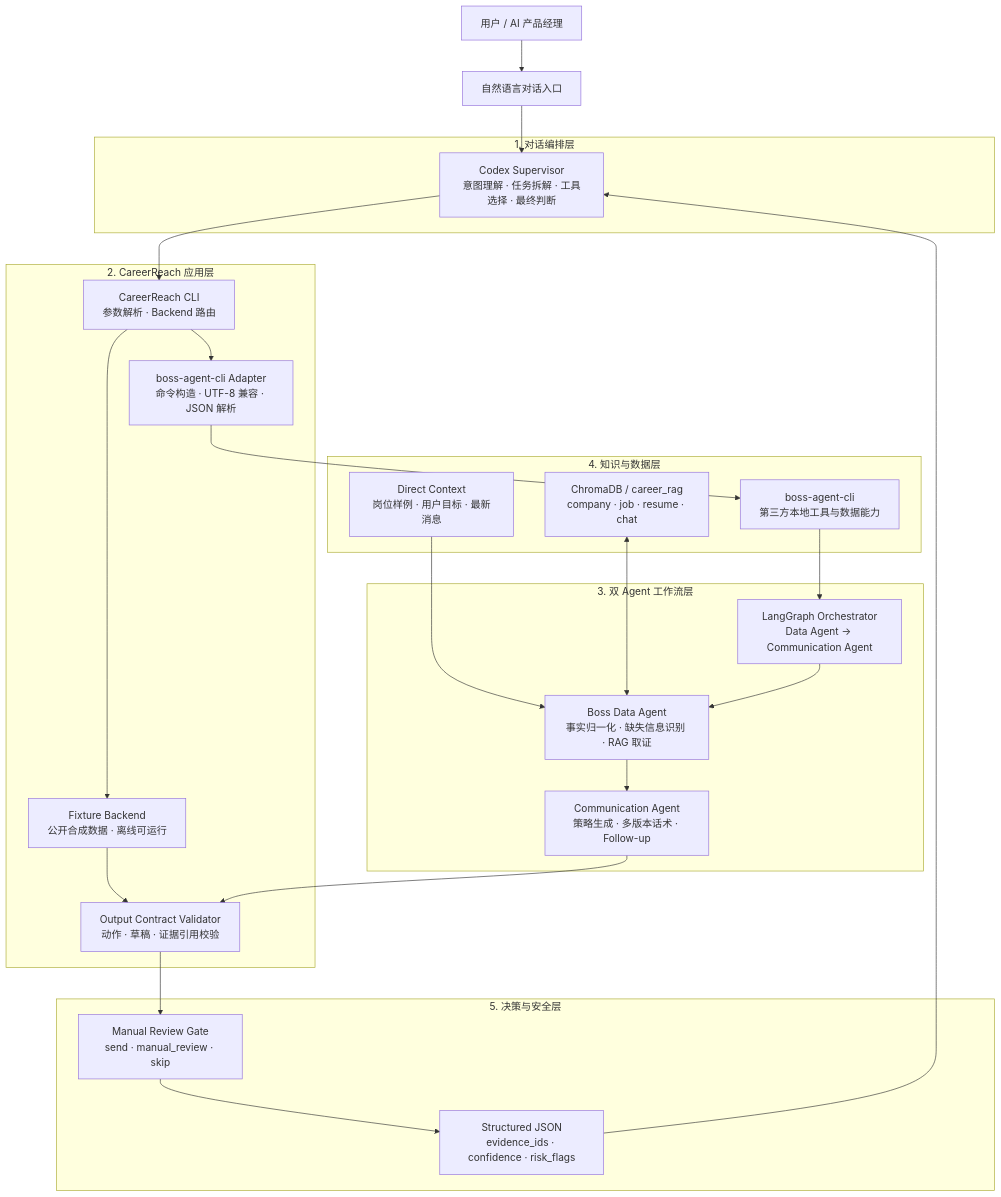
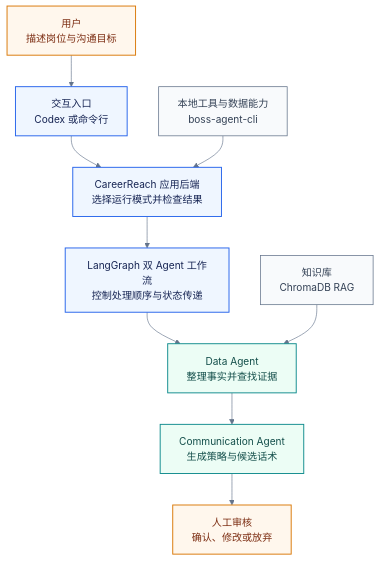
The first of 2 diagrams in README.md (zhouhan815/CareerReach-AI), drawn with Mermaid before and after one commit. The commit also changed other lines of this file, not shown here.

````diff
--- a/README.md
+++ b/README.md
@@ -54,46 +111,29 @@
 ```mermaid
+%%{init: {"theme":"base","themeVariables":{"fontSize":"16px","fontFamily":"Arial, sans-serif","primaryTextColor":"#172033","lineColor":"#64748B"}}}%%
 flowchart TB
-    U["用户 / AI 产品经理"] --> CONV["自然语言对话入口"]
+    USER["用户<br/>描述岗位与沟通目标"]
+    ENTRY["交互入口<br/>Codex 或命令行"]
+    APP["CareerReach 应用后端<br/>选择运行模式并检查结果"]
+    FLOW["LangGraph 双 Agent 工作流<br/>控制处理顺序与状态传递"]
+    DATA["Data Agent<br/>整理事实并查找证据"]
+    COMM["Communication Agent<br/>生成策略与候选话术"]
+    REVIEW["人工审核<br/>确认、修改或放弃"]
 
-    subgraph L1["1. 对话编排层"]
-        S["Codex Supervisor<br/>意图理解 · 任务拆解 · 工具选择 · 最终判断"]
-    end
+    TOOL["本地工具与数据能力<br/>boss-agent-cli"]
+    RAG["知识库<br/>ChromaDB RAG"]
 
-    subgraph L2["2. CareerReach 应用层"]
-        CLI["CareerReach CLI<br/>参数解析 · Backend 路由"]
-        ADAPTER["boss-agent-cli Adapter<br/>命令构造 · UTF-8 兼容 · JSON 解析"]
-        FIXTURE["Fixture Backend<br/>公开合成数据 · 离线可运行"]
-        CONTRACT["Output Contract Validator<br/>动作 · 草稿 · 证据引用校验"]
-    end
+    USER --> ENTRY --> APP --> FLOW
+    FLOW --> DATA --> COMM --> REVIEW
+    TOOL --> APP
+    RAG --> DATA
 
-    subgraph L3["3. 双 Agent 工作流层"]
-        DATA["Boss Data Agent<br/>事实归一化 · 缺失信息识别 · RAG 取证"]
-        COMM["Communication Agent<br/>策略生成 · 多版本话术 · Follow-up"]
-        GRAPH["LangGraph Orchestrator<br/>Data Agent → Communication Agent"]
-    end
+    classDef person fill:#FFF7ED,stroke:#D97706,color:#7C2D12,stroke-width:1.5px;
+    classDef app fill:#EFF6FF,stroke:#2563EB,color:#172554,stroke-width:1.5px;
+    classDef agent fill:#ECFDF5,stroke:#0F8B8D,color:#134E4A,stroke-width:1.5px;
+    classDef support fill:#F8FAFC,stroke:#64748B,color:#334155,stroke-width:1.2px;
 
-    subgraph L4["4. 知识与数据层"]
-        CHROMA["ChromaDB / career_rag<br/>company · job · resume · chat"]
-        DIRECT["Direct Context<br/>岗位样例 · 用户目标 · 最新消息"]
-        BOSS["boss-agent-cli<br/>第三方本地工具与数据能力"]
-    end
-
-    subgraph L5["5. 决策与安全层"]
-        GATE["Manual Review Gate<br/>send · manual_review · skip"]
-        OUTPUT["Structured JSON<br/>evidence_ids · confidence · risk_flags"]
-    end
-
-    CONV --> S
-    S --> CLI
-    CLI --> FIXTURE
-    CLI --> ADAPTER
-    ADAPTER --> BOSS
-    BOSS --> GRAPH
-    DIRECT --> DATA
-    CHROMA <--> DATA
-    GRAPH --> DATA --> COMM
-    FIXTURE --> CONTRACT
-    COMM --> CONTRACT
-    CONTRACT --> GATE --> OUTPUT
-    OUTPUT --> S
+    class USER,REVIEW person;
+    class ENTRY,APP,FLOW app;
+    class DATA,COMM agent;
+    class TOOL,RAG support;
 ```
````
